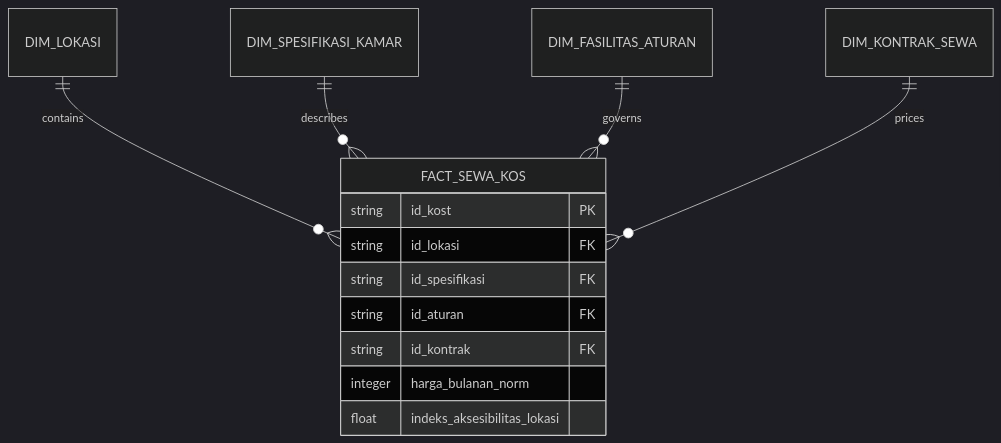
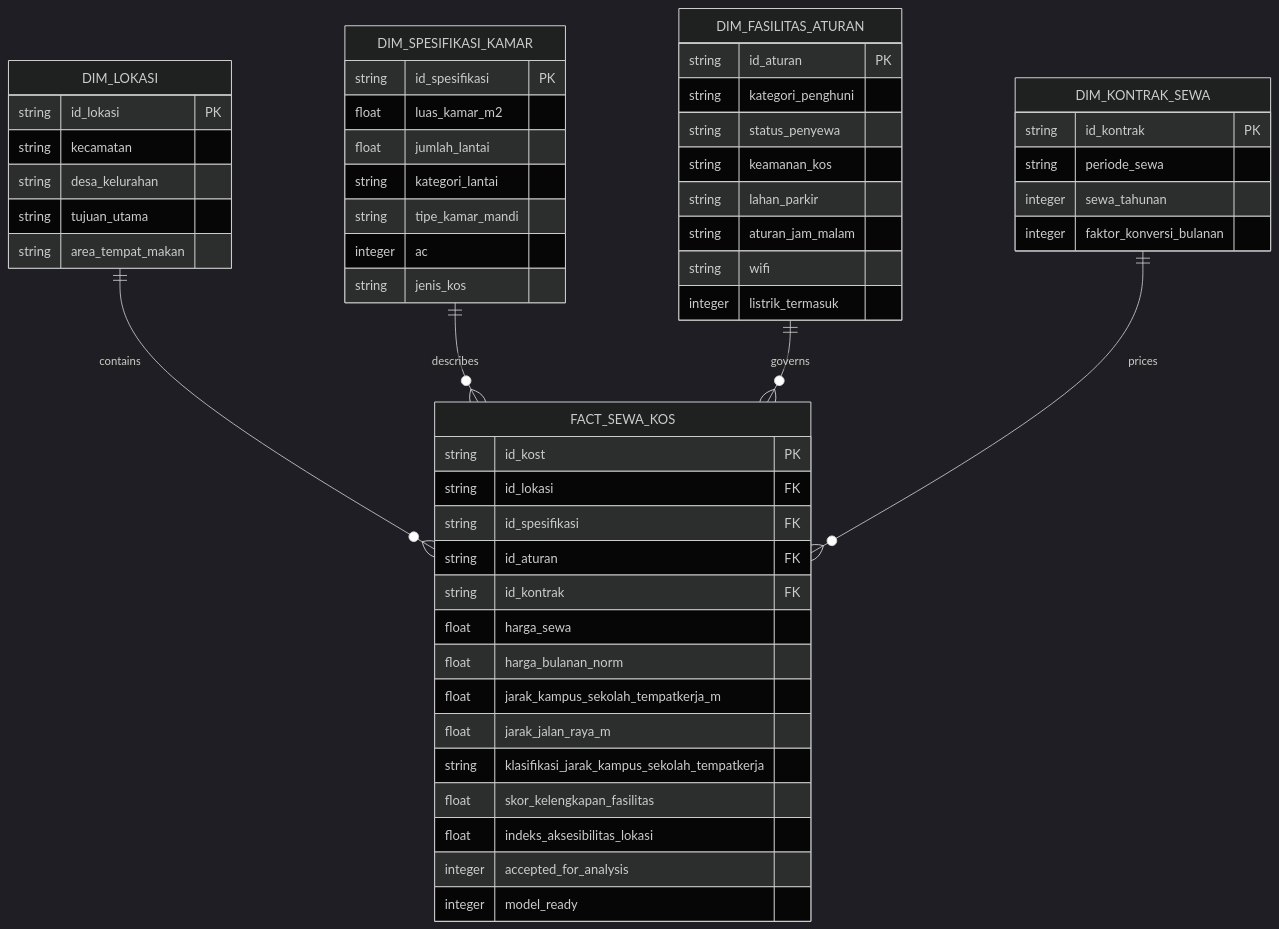
One commit to Samuga-14/da-ds-2026-kelompok-10 changed the diagram in warehouse/erd/star_schema.mmd. Above: the diagram before and after it, drawn with Mermaid (dark theme). The commit also changed 16 other files, not shown here.

Commit message:
feat(analytics): satukan warehouse survei 923 baris, klasifikasi harga wajar, simulasi fasilitas, dan storytelling (#22, #28, #33, #39, #42, #45)

```diff
--- a/warehouse/erd/star_schema.mmd
+++ b/warehouse/erd/star_schema.mmd
@@ -1,14 +1,53 @@
 erDiagram
     DIM_LOKASI ||--o{ FACT_SEWA_KOS : contains
     DIM_SPESIFIKASI_KAMAR ||--o{ FACT_SEWA_KOS : describes
     DIM_FASILITAS_ATURAN ||--o{ FACT_SEWA_KOS : governs
     DIM_KONTRAK_SEWA ||--o{ FACT_SEWA_KOS : prices
+    DIM_LOKASI {
+        string id_lokasi PK
+        string kecamatan
+        string desa_kelurahan
+        string tujuan_utama
+        string area_tempat_makan
+    }
+    DIM_SPESIFIKASI_KAMAR {
+        string id_spesifikasi PK
+        float luas_kamar_m2
+        float jumlah_lantai
+        string kategori_lantai
+        string tipe_kamar_mandi
+        integer ac
+        string jenis_kos
+    }
+    DIM_FASILITAS_ATURAN {
+        string id_aturan PK
+        string kategori_penghuni
+        string status_penyewa
+        string keamanan_kos
+        string lahan_parkir
+        string aturan_jam_malam
+        string wifi
+        integer listrik_termasuk
+    }
+    DIM_KONTRAK_SEWA {
+        string id_kontrak PK
+        string periode_sewa
+        integer sewa_tahunan
+        integer faktor_konversi_bulanan
+    }
     FACT_SEWA_KOS {
         string id_kost PK
         string id_lokasi FK
         string id_spesifikasi FK
         string id_aturan FK
         string id_kontrak FK
-        integer harga_bulanan_norm
+        float harga_sewa
+        float harga_bulanan_norm
+        float jarak_kampus_sekolah_tempatkerja_m
+        float jarak_jalan_raya_m
+        string klasifikasi_jarak_kampus_sekolah_tempatkerja
+        float skor_kelengkapan_fasilitas
         float indeks_aksesibilitas_lokasi
+        integer accepted_for_analysis
+        integer model_ready
     }
```
